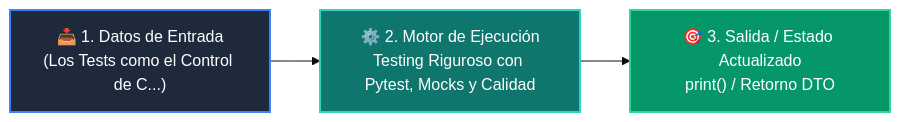
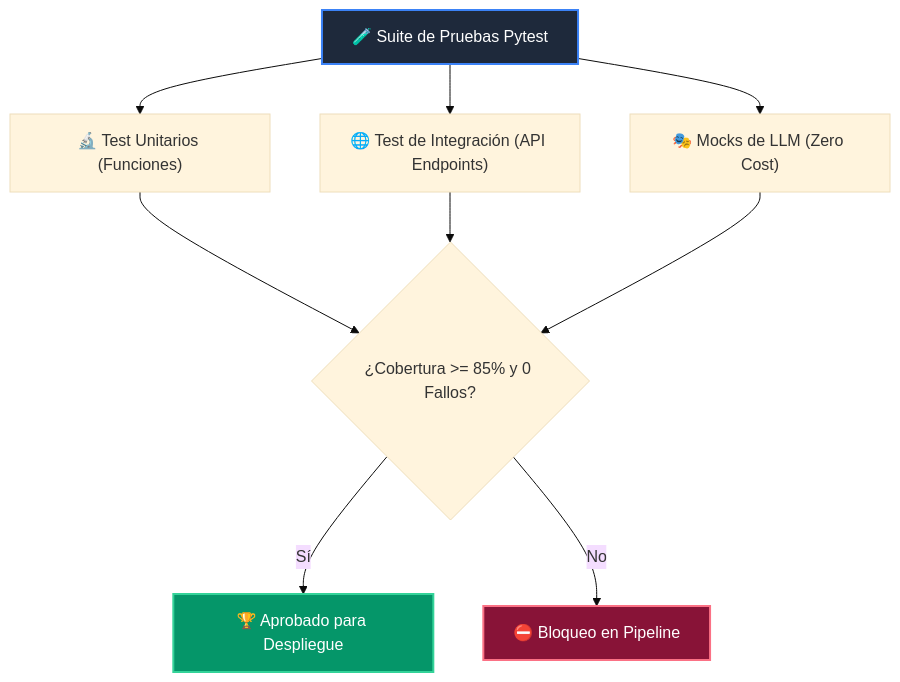
One commit to wisrovi/wisrovi-python changed the diagram in docs/curso-04/clase-06.md. Above: the diagram before and after it, drawn with Mermaid (base theme). The commit also changed other lines of this file and 52 other files, not shown here.

````diff
--- a/docs/curso-04/clase-06.md
+++ b/docs/curso-04/clase-06.md
@@ -38,9 +37,12 @@
 ```mermaid
-flowchart LR
-    IN["📥 1. Datos de Entrada<br/>(Los Tests como el Control de C...)"] --> ENG["⚙️ 2. Motor de Ejecución<br/>Testing Riguroso con Pytest, Mocks y Calidad"]
-    ENG --> OUT["🎯 3. Salida / Estado Actualizado<br/>print() / Retorno DTO"]
-
-    style IN fill:#1e293b,color:#ffffff,stroke:#3b82f6,stroke-width:2px
-    style ENG fill:#0f766e,color:#ffffff,stroke:#2dd4bf,stroke-width:2px
-    style OUT fill:#059669,color:#ffffff,stroke:#34d399,stroke-width:2px
+flowchart TD
+    A["🧪 Suite de Pruebas Pytest"] --> B["🔬 Test Unitarios (Funciones)"]
+    A --> C["🌐 Test de Integración (API Endpoints)"]
+    A --> D["🎭 Mocks de LLM (Zero Cost)"]
+    B & C & D --> E{"¿Cobertura >= 85% y 0 Fallos?"}
+    E -->|Sí| F["🏆 Aprobado para Despliegue"]
+    E -->|No| G["⛔ Bloqueo en Pipeline"]
+    style A fill:#1e293b,color:#ffffff,stroke:#3b82f6,stroke-width:2px
+    style F fill:#059669,color:#ffffff,stroke:#34d399,stroke-width:2px
+    style G fill:#881337,color:#ffffff,stroke:#fb7185,stroke-width:2px
 ```
````
